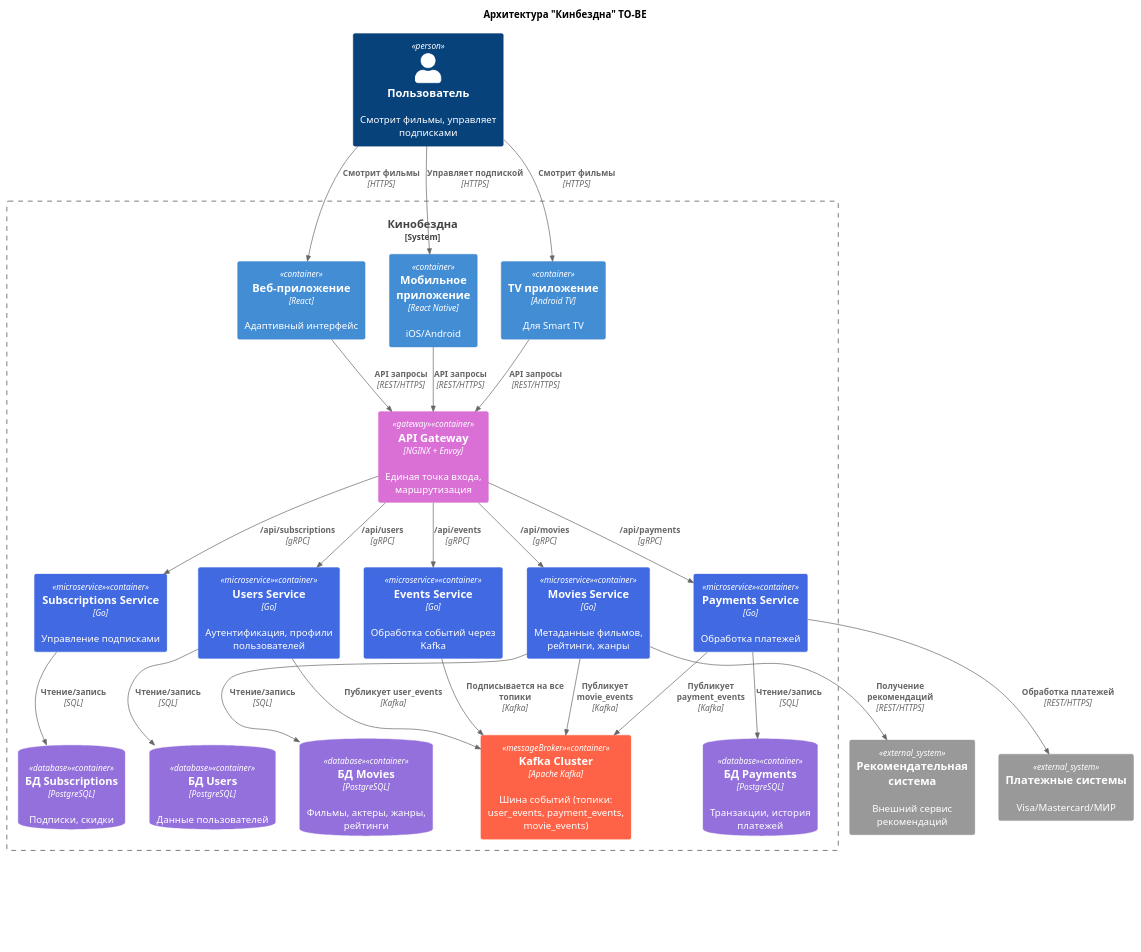
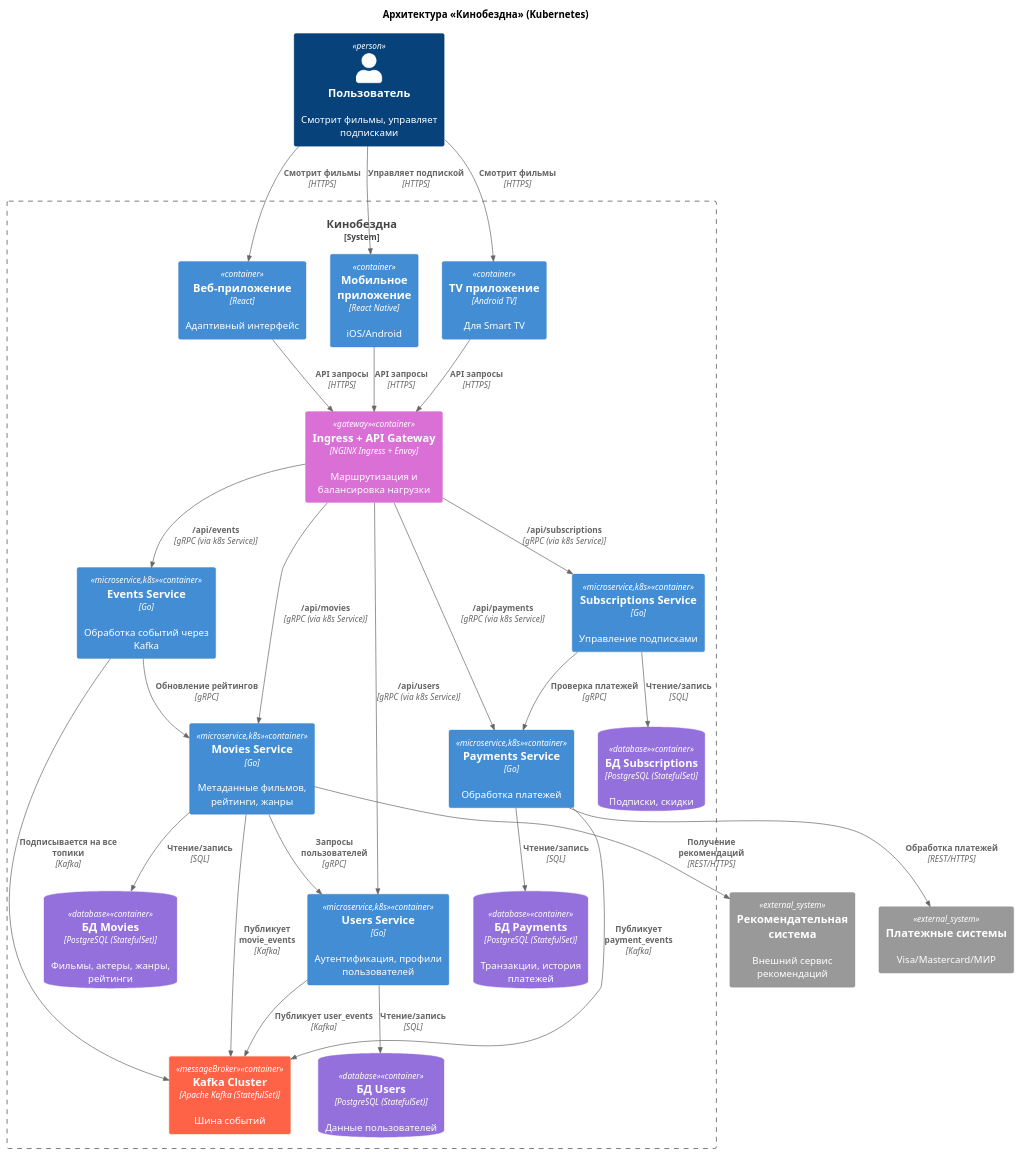
One commit to Mkuzya/architecture-cinemaabyss changed the diagram in Diagrams/To-Be.puml. Above: the diagram before and after it, drawn with PlantUML.

```diff
--- a/Diagrams/To-Be.puml
+++ b/Diagrams/To-Be.puml
@@ -1,85 +1,82 @@
 @startuml
 !include https://raw.githubusercontent.com/plantuml-stdlib/C4-PlantUML/master/C4_Context.puml
 !include https://raw.githubusercontent.com/plantuml-stdlib/C4-PlantUML/master/C4_Container.puml
 
-AddElementTag("microservice", $fontColor="#FFFFFF", $bgColor="#4169E1", $borderColor="#4169E1", $legendText="Микросервис")
-AddElementTag("database", $fontColor="#FFFFFF", $bgColor="#9370DB", $borderColor="#9370DB", $legendText="База данных")
-AddElementTag("messageBroker", $fontColor="#FFFFFF", $bgColor="#FF6347", $borderColor="#FF6347", $legendText="Kafka")
-AddElementTag("external", $fontColor="#FFFFFF", $bgColor="#2E8B57", $borderColor="#2E8B57", $legendText="Внешний сервис")
-AddElementTag("gateway", $fontColor="#FFFFFF", $bgColor="#DA70D6", $borderColor="#DA70D6", $legendText="API Gateway")
+AddElementTag("microservice", $fontColor="#FFFFFF", $bgColor="#4169E1", $borderColor="#4169E1")
+AddElementTag("database", $fontColor="#FFFFFF", $bgColor="#9370DB", $borderColor="#9370DB")
+AddElementTag("messageBroker", $fontColor="#FFFFFF", $bgColor="#FF6347", $borderColor="#FF6347")
+AddElementTag("external", $fontColor="#FFFFFF", $bgColor="#2E8B57", $borderColor="#2E8B57")
+AddElementTag("gateway", $fontColor="#FFFFFF", $bgColor="#DA70D6", $borderColor="#DA70D6")
+AddElementTag("k8s", $fontColor="#000000", $bgColor="#F5DEB3", $borderColor="#D2B48C")
 
-title "Архитектура "Кинбездна" TO-BE"
+title "Архитектура «Кинобездна» (Kubernetes)"
 
 Person(user, "Пользователь", "Смотрит фильмы, управляет подписками")
 
 System_Ext(recommendationSystem, "Рекомендательная система", "Внешний сервис рекомендаций")
 System_Ext(paymentProviders, "Платежные системы", "Visa/Mastercard/МИР")
 
 System_Boundary(cinemaSystem, "Кинобездна") {
     ' Клиентские приложения
     Container(webApp, "Веб-приложение", "React", "Адаптивный интерфейс")
     Container(mobileApp, "Мобильное приложение", "React Native", "iOS/Android")
     Container(tvApp, "TV приложение", "Android TV", "Для Smart TV")
     
-    ' API Gateway
-    Container(apiGateway, "API Gateway", "NGINX + Envoy", "Единая точка входа, маршрутизация", $tags="gateway")
+    ' Kubernetes Ingress + API Gateway
+    Container(ingressGateway, "Ingress + API Gateway", "NGINX Ingress + Envoy", "Маршрутизация и балансировка нагрузки", $tags="gateway")
     
     ' Основные сервисы
-    Container(moviesService, "Movies Service", "Go", "Метаданные фильмов, рейтинги, жанры", $tags="microservice")
-    Container(usersService, "Users Service", "Go", "Аутентификация, профили пользователей", $tags="microservice")
-    Container(subscriptionsService, "Subscriptions Service", "Go", "Управление подписками", $tags="microservice")
-    Container(paymentsService, "Payments Service", "Go", "Обработка платежей", $tags="microservice")
-    Container(eventsService, "Events Service", "Go", "Обработка событий через Kafka", $tags="microservice")
+    Container(moviesService, "Movies Service", "Go", "Метаданные фильмов, рейтинги, жанры", $tags="microservice,k8s")
+    Container(usersService, "Users Service", "Go", "Аутентификация, профили пользователей", $tags="microservice,k8s")
+    Container(subscriptionsService, "Subscriptions Service", "Go", "Управление подписками", $tags="microservice,k8s")
+    Container(paymentsService, "Payments Service", "Go", "Обработка платежей", $tags="microservice,k8s")
+    Container(eventsService, "Events Service", "Go", "Обработка событий через Kafka", $tags="microservice,k8s")
     
     ' Базы данных
-    ContainerDb(moviesDB, "БД Movies", "PostgreSQL", "Фильмы, актеры, жанры, рейтинги", $tags="database")
-    ContainerDb(usersDB, "БД Users", "PostgreSQL", "Данные пользователей", $tags="database")
-    ContainerDb(subscriptionsDB, "БД Subscriptions", "PostgreSQL", "Подписки, скидки", $tags="database")
-    ContainerDb(paymentsDB, "БД Payments", "PostgreSQL", "Транзакции, история платежей", $tags="database")
+    ContainerDb(moviesDB, "БД Movies", "PostgreSQL (StatefulSet)", "Фильмы, актеры, жанры, рейтинги", $tags="database")
+    ContainerDb(usersDB, "БД Users", "PostgreSQL (StatefulSet)", "Данные пользователей", $tags="database")
+    ContainerDb(subscriptionsDB, "БД Subscriptions", "PostgreSQL (StatefulSet)", "Подписки, скидки", $tags="database")
+    ContainerDb(paymentsDB, "БД Payments", "PostgreSQL (StatefulSet)", "Транзакции, история платежей", $tags="database")
     
-    ' Инфраструктура
-    Container(kafka, "Kafka Cluster", "Apache Kafka", "Шина событий (топики: user_events, payment_events, movie_events)", $tags="messageBroker")
+    ' Kafka
+    Container(kafka, "Kafka Cluster", "Apache Kafka (StatefulSet)", "Шина событий", $tags="messageBroker")
 }
 
 ' Связи пользователей
 Rel(user, webApp, "Смотрит фильмы", "HTTPS")
 Rel(user, mobileApp, "Управляет подпиской", "HTTPS")
 Rel(user, tvApp, "Смотрит фильмы", "HTTPS")
 
-' Связи клиентов с API Gateway
-Rel(webApp, apiGateway, "API запросы", "REST/HTTPS")
-Rel(mobileApp, apiGateway, "API запросы", "REST/HTTPS")
-Rel(tvApp, apiGateway, "API запросы", "REST/HTTPS")
+' Связи клиентов с Ingress
+Rel(webApp, ingressGateway, "API запросы", "HTTPS")
+Rel(mobileApp, ingressGateway, "API запросы", "HTTPS")
+Rel(tvApp, ingressGateway, "API запросы", "HTTPS")
 
-' Связи API Gateway с сервисами
-Rel(apiGateway, moviesService, "/api/movies", "gRPC")
-Rel(apiGateway, usersService, "/api/users", "gRPC")
-Rel(apiGateway, subscriptionsService, "/api/subscriptions", "gRPC")
-Rel(apiGateway, paymentsService, "/api/payments", "gRPC")
-Rel(apiGateway, eventsService, "/api/events", "gRPC")
+' Связи Ingress с сервисами
+Rel(ingressGateway, moviesService, "/api/movies", "gRPC (via k8s Service)")
+Rel(ingressGateway, usersService, "/api/users", "gRPC (via k8s Service)")
+Rel(ingressGateway, subscriptionsService, "/api/subscriptions", "gRPC (via k8s Service)")
+Rel(ingressGateway, paymentsService, "/api/payments", "gRPC (via k8s Service)")
+Rel(ingressGateway, eventsService, "/api/events", "gRPC (via k8s Service)")
+
+' Внутренние gRPC-связи
+Rel(moviesService, usersService, "Запросы пользователей", "gRPC")
+Rel(subscriptionsService, paymentsService, "Проверка платежей", "gRPC")
+Rel(eventsService, moviesService, "Обновление рейтингов", "gRPC")
 
 ' Связи сервисов с БД
 Rel(moviesService, moviesDB, "Чтение/запись", "SQL")
 Rel(usersService, usersDB, "Чтение/запись", "SQL")
 Rel(subscriptionsService, subscriptionsDB, "Чтение/запись", "SQL")
 Rel(paymentsService, paymentsDB, "Чтение/запись", "SQL")
 
 ' Внешние интеграции
 Rel(paymentsService, paymentProviders, "Обработка платежей", "REST/HTTPS")
 Rel(moviesService, recommendationSystem, "Получение рекомендаций", "REST/HTTPS")
 
 ' Событийная архитектура
 Rel(usersService, kafka, "Публикует user_events", "Kafka")
 Rel(paymentsService, kafka, "Публикует payment_events", "Kafka")
 Rel(moviesService, kafka, "Публикует movie_events", "Kafka")
 Rel(eventsService, kafka, "Подписывается на все топики", "Kafka")
-
-legend right
-  **Чистая To-Be архитектура:**
-  1. Полностью декомпозированный монолит
-  2. Каждый сервис имеет свою БД
-  3. API Gateway как единая точка входа
-  4. Событийная архитектура на Kafka
-  5. Нет легаси-компонентов
-end legend
 @enduml
```
